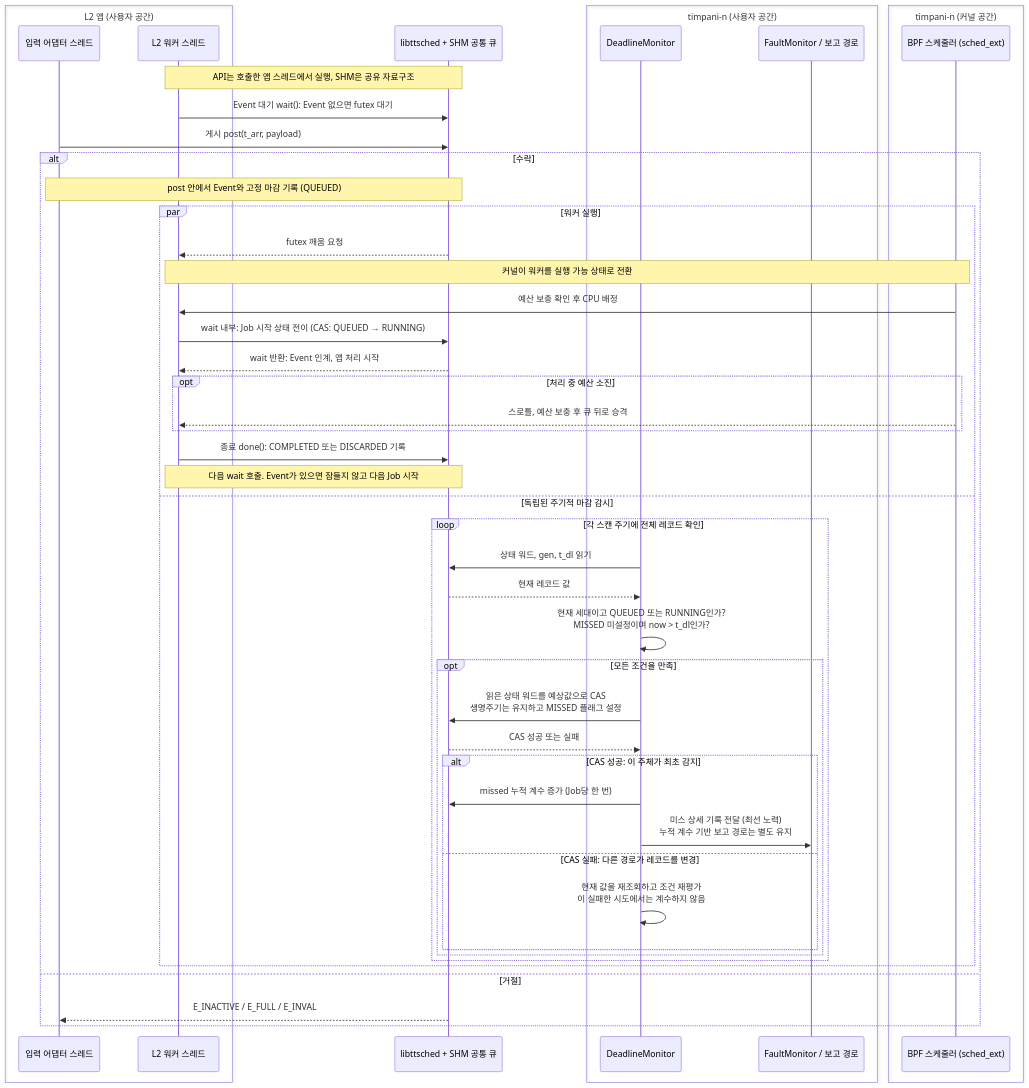
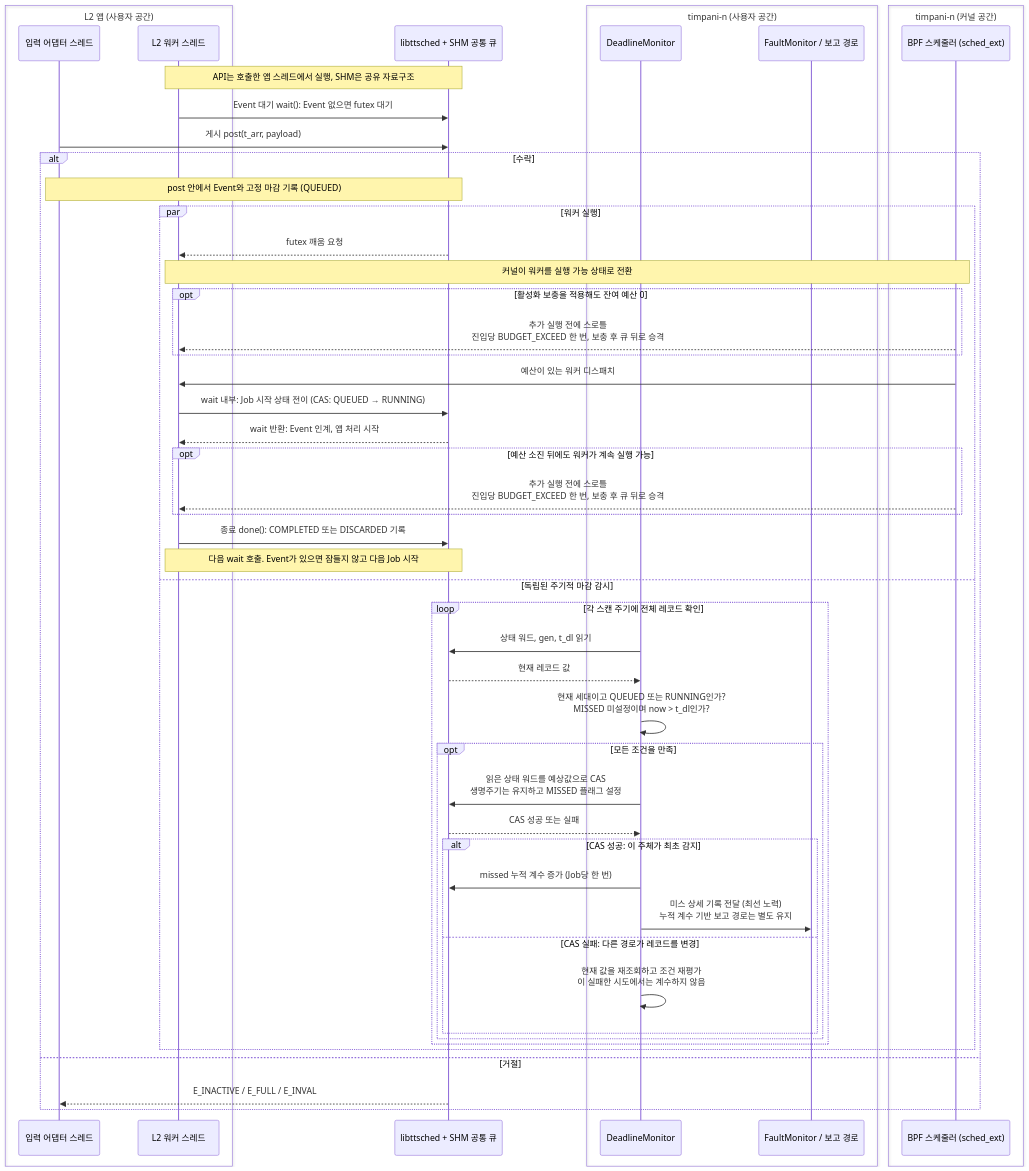
One commit to akshayg0314/timpani26 changed the second of 2 diagrams in doc/design/kor/OVERVIEW-008-event-driven-workload-support.md. Above: the diagram before and after it, drawn with Mermaid. The commit also changed other lines of this file, not shown here.

````diff
--- a/doc/design/kor/OVERVIEW-008-event-driven-workload-support.md
+++ b/doc/design/kor/OVERVIEW-008-event-driven-workload-support.md
@@ -155,51 +157,54 @@
 ```mermaid
 sequenceDiagram
     box L2 앱 (사용자 공간)
         participant A as 입력 어댑터 스레드
         participant W as L2 워커 스레드
     end
     participant Q as libttsched + SHM 공통 큐
     box timpani-n (사용자 공간)
         participant DM as DeadlineMonitor
         participant FM as FaultMonitor / 보고 경로
     end
     box timpani-n (커널 공간)
         participant B as BPF 스케줄러 (sched_ext)
     end
     Note over W,Q: API는 호출한 앱 스레드에서 실행, SHM은 공유 자료구조
     W->>Q: Event 대기 wait(): Event 없으면 futex 대기
     A->>Q: 게시 post(t_arr, payload)
     alt 수락
         Note over A,Q: post 안에서 Event와 고정 마감 기록 (QUEUED)
         par 워커 실행
             Q-->>W: futex 깨움 요청
             Note over W,B: 커널이 워커를 실행 가능 상태로 전환
-            B->>W: 예산 보충 확인 후 CPU 배정
+            opt 활성화 보충을 적용해도 잔여 예산 0
+                B-->>W: 추가 실행 전에 스로틀<br/>진입당 BUDGET_EXCEED 한 번, 보충 후 큐 뒤로 승격
+            end
+            B->>W: 예산이 있는 워커 디스패치
             W->>Q: wait 내부: Job 시작 상태 전이 (CAS: QUEUED → RUNNING)
             Q-->>W: wait 반환: Event 인계, 앱 처리 시작
-            opt 처리 중 예산 소진
-                B-->>W: 스로틀, 예산 보충 후 큐 뒤로 승격
+            opt 예산 소진 뒤에도 워커가 계속 실행 가능
+                B-->>W: 추가 실행 전에 스로틀<br/>진입당 BUDGET_EXCEED 한 번, 보충 후 큐 뒤로 승격
             end
             W->>Q: 종료 done(): COMPLETED 또는 DISCARDED 기록
             Note over W,Q: 다음 wait 호출. Event가 있으면 잠들지 않고 다음 Job 시작
         and 독립된 주기적 마감 감시
             loop 각 스캔 주기에 전체 레코드 확인
                 DM->>Q: 상태 워드, gen, t_dl 읽기
                 Q-->>DM: 현재 레코드 값
                 DM->>DM: 현재 세대이고 QUEUED 또는 RUNNING인가?<br/>MISSED 미설정이며 now > t_dl인가?
                 opt 모든 조건을 만족
                     DM->>Q: 읽은 상태 워드를 예상값으로 CAS<br/>생명주기는 유지하고 MISSED 플래그 설정
                     Q-->>DM: CAS 성공 또는 실패
                     alt CAS 성공: 이 주체가 최초 감지
                         DM->>Q: missed 누적 계수 증가 (Job당 한 번)
                         DM->>FM: 미스 상세 기록 전달 (최선 노력)<br/>누적 계수 기반 보고 경로는 별도 유지
                     else CAS 실패: 다른 경로가 레코드를 변경
                         DM->>DM: 현재 값을 재조회하고 조건 재평가<br/>이 실패한 시도에서는 계수하지 않음
                     end
                 end
             end
         end
     else 거절
         Q-->>A: E_INACTIVE / E_FULL / E_INVAL
     end
 ```
````
